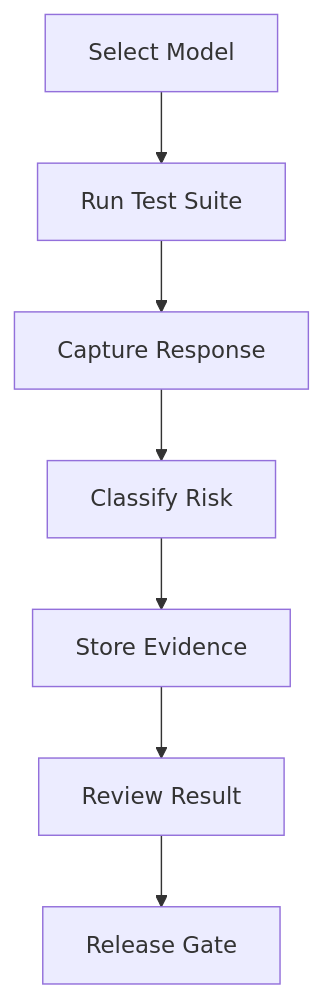
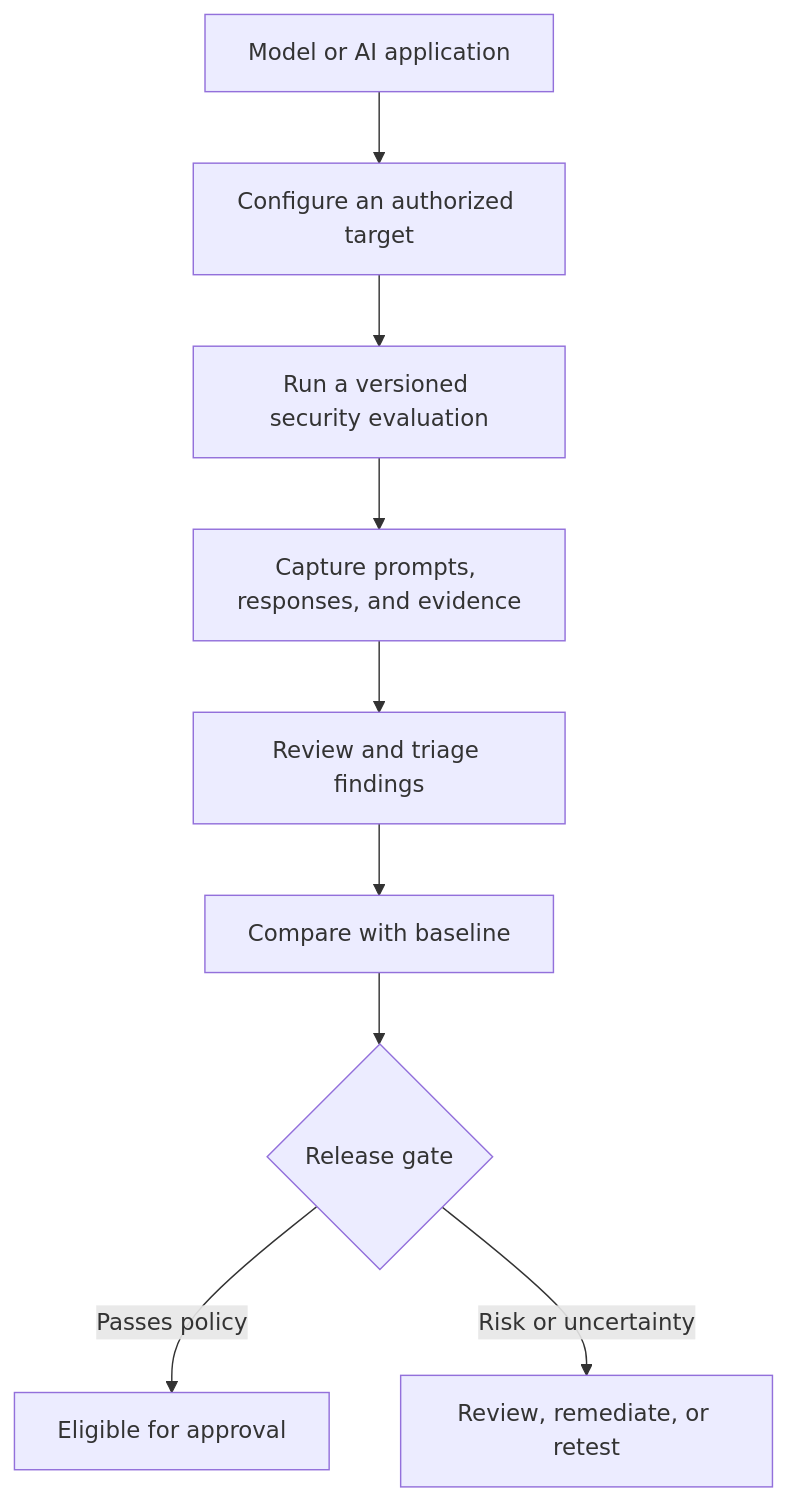
One commit to Parakh-Shinde/aegisai changed the diagram in README.md. Above: the diagram before and after it, drawn with Mermaid. The commit also changed other lines of this file, not shown here.

````diff
--- a/README.md
+++ b/README.md
@@ -300,9 +37,11 @@
 ```mermaid
 flowchart TD
-    A["Select Model"] --> B["Run Test Suite"]
-    B --> C["Capture Response"]
-    C --> D["Classify Risk"]
-    D --> E["Store Evidence"]
-    E --> F["Review Result"]
-    F --> G["Release Gate"]
+    A[Model or AI application] --> B[Configure an authorized target]
+    B --> C[Run a versioned security evaluation]
+    C --> D[Capture prompts, responses, and evidence]
+    D --> E[Review and triage findings]
+    E --> F[Compare with baseline]
+    F --> G{Release gate}
+    G -->|Passes policy| H[Eligible for approval]
+    G -->|Risk or uncertainty| I[Review, remediate, or retest]
 ```
````
